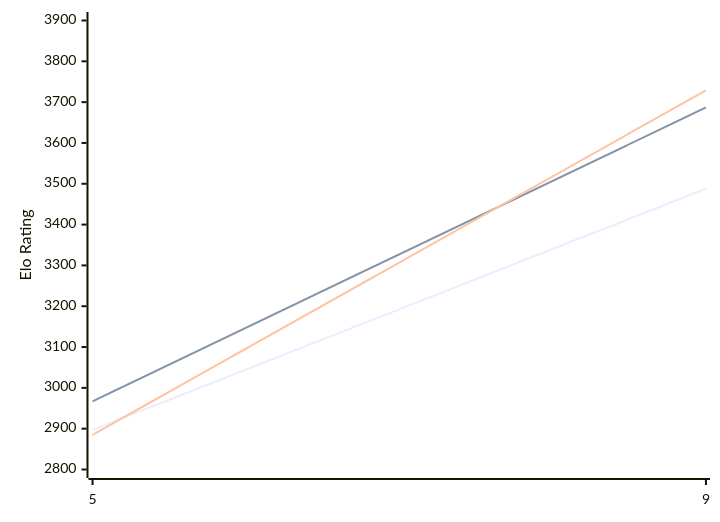
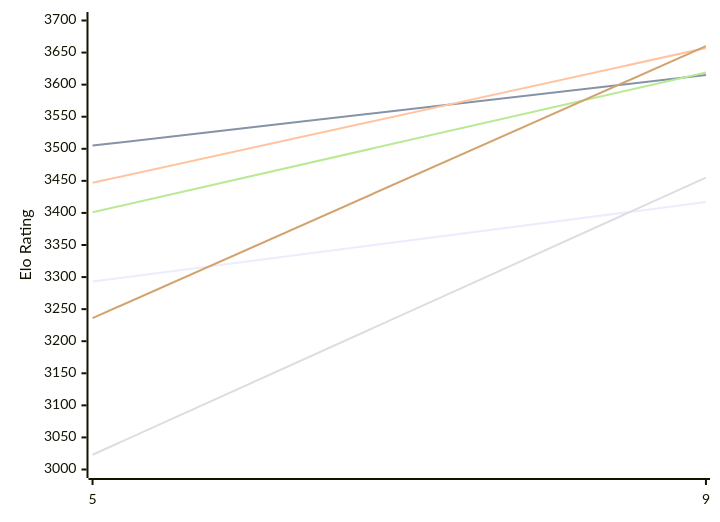
Before and after one commit to computer-chess-index/cci: the first of 2 diagrams in engines/Crystal.md, drawn with Mermaid. The commit also changed other lines of this file, not shown here.

Commit message:
Update CCI Ratings (ELO VLTC) - 2026-11-13

````diff
--- a/engines/Crystal.md
+++ b/engines/Crystal.md
@@ -50,12 +50,12 @@
 ```mermaid
 %%{init: {"theme":"base","themeVariables":{"seriesColors:['#a3a3a3','#222221','#faa371']}}}%%
 xychart-beta
   x-axis ["5", "9"]
-  y-axis "Elo Rating" 2800 --> 3900
-  line "E1: STC (8.0+0.08s)" [2897, 3488]
-  line "E1: LTC (60.0+0.60s)" [2967, 3687]
-  line "E1: VLTC (2m24s+1.12s)" [2885, 3729]
-  line "P1: STC (8.0+0.08s)" [3622]
-  line "P1: LTC (60.0+0.60s)" [3787]
-  line "P1: VLTC (2m24s+1.12s)" [3827]
+  y-axis "Elo Rating" 3000 --> 3700
+  line "E1: STC (8.0+0.08s)" [3293, 3417]
+  line "E1: LTC (60.0+0.60s)" [3505, 3615]
+  line "E1: VLTC (2m24s+1.12s)" [3447, 3657]
+  line "P1: STC (8.0+0.08s)" [3023, 3455]
+  line "P1: LTC (60.0+0.60s)" [3401, 3619]
+  line "P1: VLTC (2m24s+1.12s)" [3236, 3660]
 ```
````
